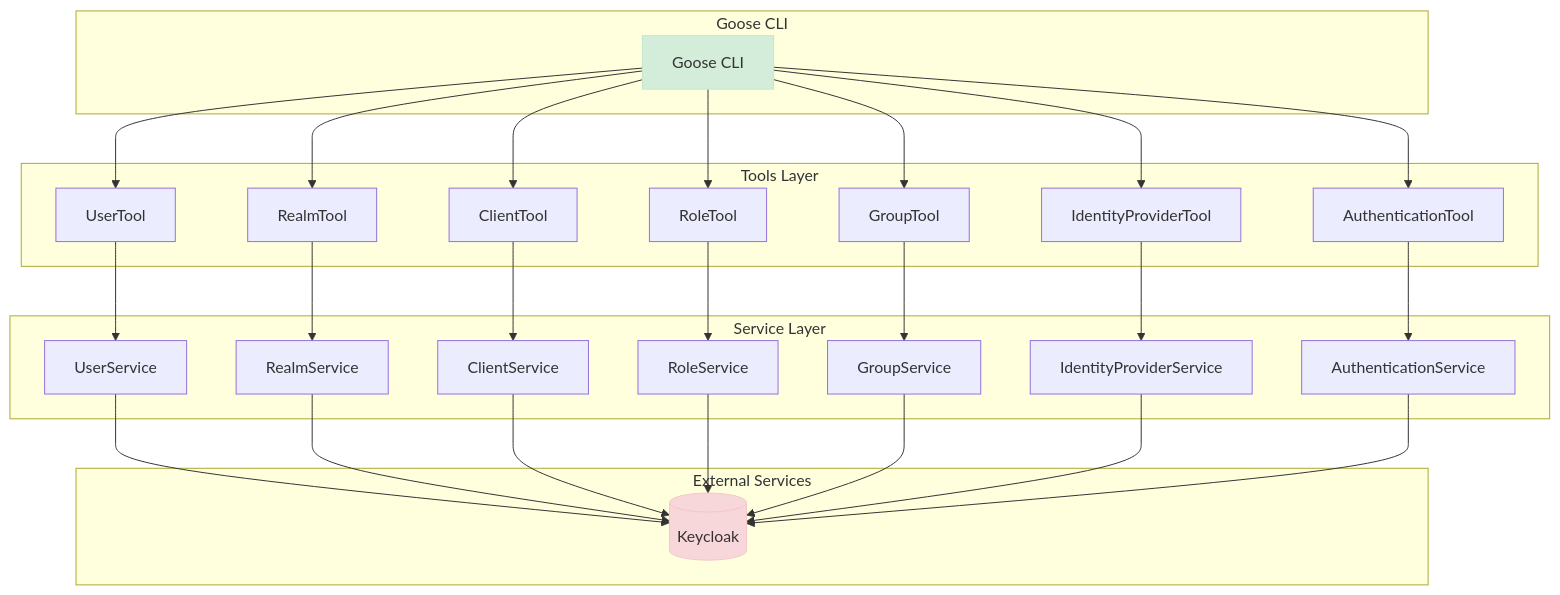
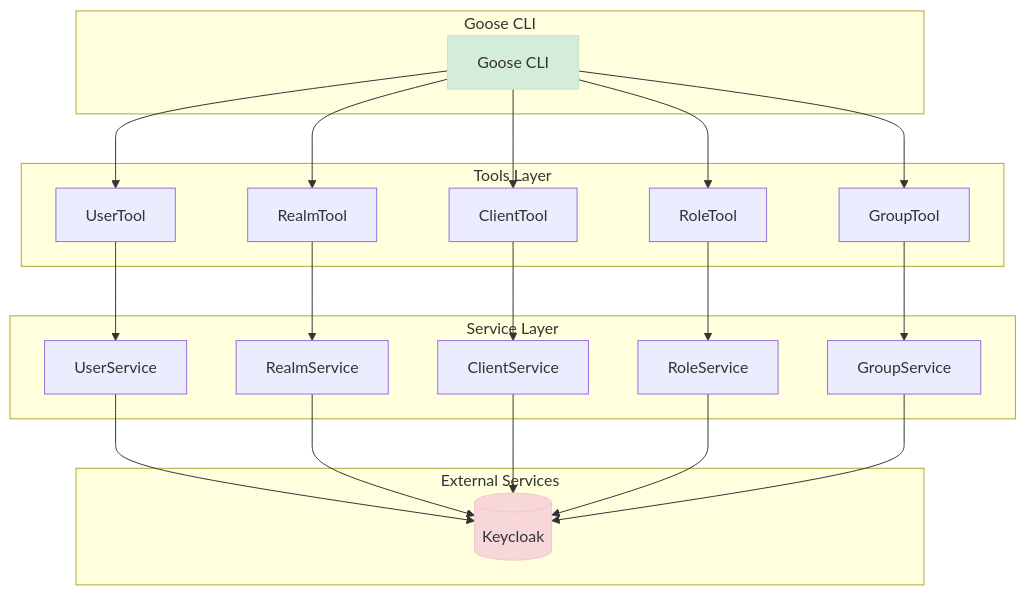
One commit to sshaaf/keycloak-mcp-server changed the diagram in DEVELOPERS.md. Above: the diagram before and after it, drawn with Mermaid. The commit also changed other lines of this file and 9 other files, not shown here.

````diff
--- a/DEVELOPERS.md
+++ b/DEVELOPERS.md
@@ -101,60 +98,50 @@
 ```mermaid
 graph TD
     subgraph "Goose CLI"
         GooseCLI[Goose CLI]
     end
 
     subgraph "Tools Layer"
         UserTool["UserTool"]
         RealmTool["RealmTool"]
         ClientTool["ClientTool"]
         RoleTool["RoleTool"]
         GroupTool["GroupTool"]
-        IdentityProviderTool["IdentityProviderTool"]
-        AuthenticationTool["AuthenticationTool"]
     end
 
     subgraph "Service Layer"
         UserService["UserService"]
         RealmService["RealmService"]
         ClientService["ClientService"]
         RoleService["RoleService"]
         GroupService["GroupService"]
-        IdentityProviderService["IdentityProviderService"]
-        AuthenticationService["AuthenticationService"]
     end
 
     subgraph "External Services"
         Keycloak[("Keycloak")]
     end
 
     %% Define Relationships
     GooseCLI --> UserTool
     GooseCLI --> RealmTool
     GooseCLI --> ClientTool
     GooseCLI --> RoleTool
     GooseCLI --> GroupTool
-    GooseCLI --> IdentityProviderTool
-    GooseCLI --> AuthenticationTool
 
     UserTool --> UserService
     RealmTool --> RealmService
     ClientTool --> ClientService
     RoleTool --> RoleService
     GroupTool --> GroupService
-    IdentityProviderTool --> IdentityProviderService
-    AuthenticationTool --> AuthenticationService
 
     UserService --> Keycloak
     RealmService --> Keycloak
     ClientService --> Keycloak
     RoleService --> Keycloak
     GroupService --> Keycloak
-    IdentityProviderService --> Keycloak
-    AuthenticationService --> Keycloak
 
     %% Styling
     style GooseCLI fill:#d4edda,stroke:#c3e6cb
     style Keycloak fill:#f8d7da,stroke:#f5c6cb
 
 ```
````
